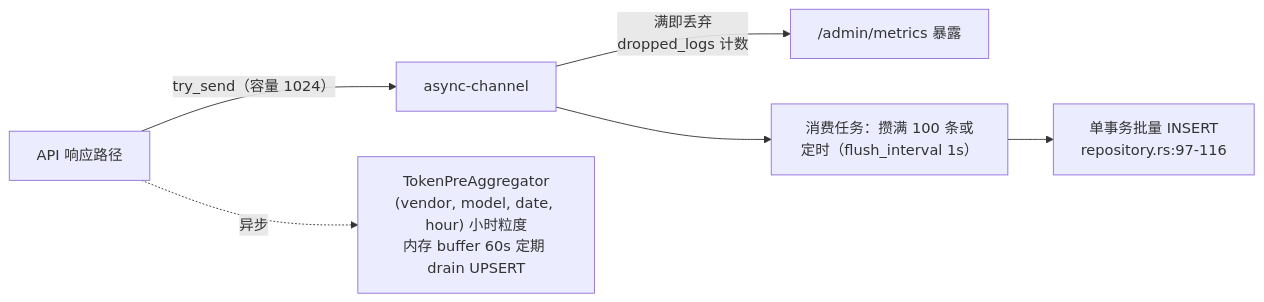
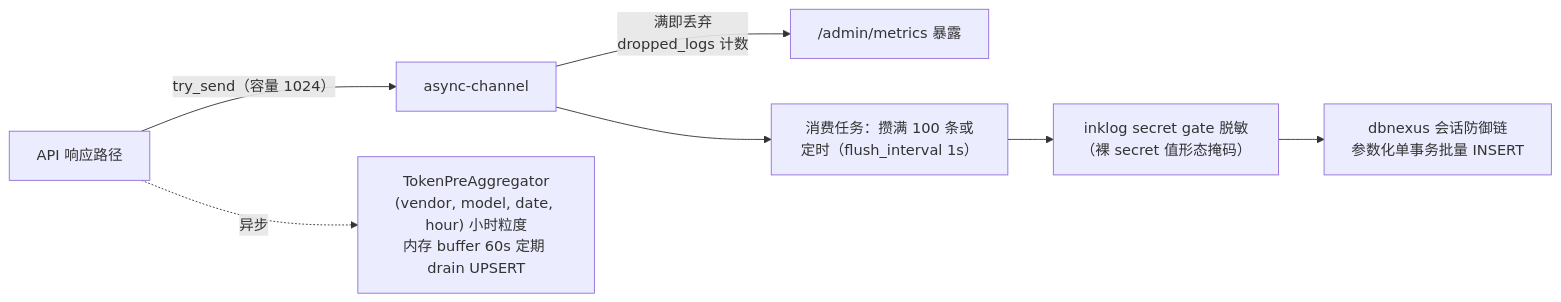
The sixth of 9 diagrams in docs/ARCHITECTURE.md (Kirky-X/fluxgate), drawn with Mermaid before and after one commit. The commit also changed other lines of this file and 6 other files, not shown here.

````diff
--- a/docs/ARCHITECTURE.md
+++ b/docs/ARCHITECTURE.md
@@ -423,8 +425,9 @@
 ```mermaid
 flowchart LR
     H["API 响应路径"] -->|"try_send（容量 1024）"| CH["async-channel"]
     CH -->|"满即丢弃<br/>dropped_logs 计数"| DROP["/admin/metrics 暴露"]
     CH --> CONSUME["消费任务：攒满 100 条或定时（flush_interval 1s）"]
-    CONSUME --> TX["单事务批量 INSERT<br/>repository.rs:97-116"]
+    CONSUME --> MASK["inklog secret gate 脱敏<br/>（裸 secret 值形态掩码）"]
+    MASK --> TX["dbnexus 会话防御链<br/>参数化单事务批量 INSERT"]
     H -.异步.-> PA["TokenPreAggregator<br/>(vendor, model, date, hour) 小时粒度<br/>内存 buffer 60s 定期 drain UPSERT"]
 ```
````
